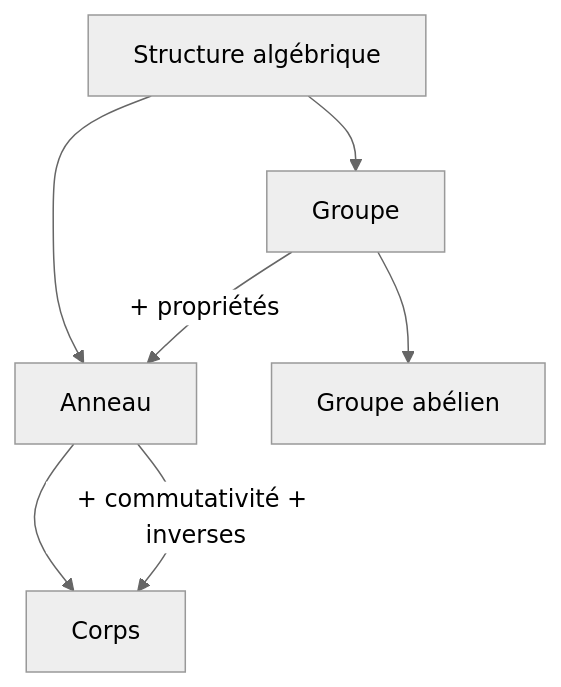
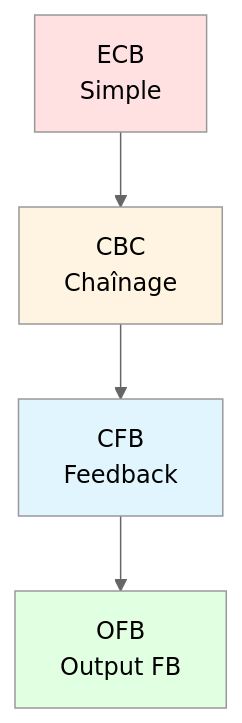
Before and after one commit to Arkanthara/information_system_security: the second of 3 diagrams in fr/exercices.qmd, drawn with Mermaid (neutral theme). The commit also changed other lines of this file and 1 other file, not shown here.

````diff
--- a/fr/exercices.qmd
+++ b/fr/exercices.qmd
@@ -102,11 +193,11 @@
-```mermaid
+```{mermaid}
 graph TD
-    A[Structure algébrique] --> B[Groupe]
-    A --> C[Anneau]
-    C --> D[Corps]
+    A[ECB<br/>Simple] --> B[CBC<br/>Chaînage]
+    B --> C[CFB<br/>Feedback]
+    C --> D[OFB<br/>Output FB]
     
-    B --> B1[Groupe abélien]
-    
-    B -->|+ propriétés| C
-    C -->|+ commutativité + inverses| D
+    style A fill:#ffe1e1
+    style B fill:#fff4e1
+    style C fill:#e1f5ff
+    style D fill:#e1ffe1
 ```
````
